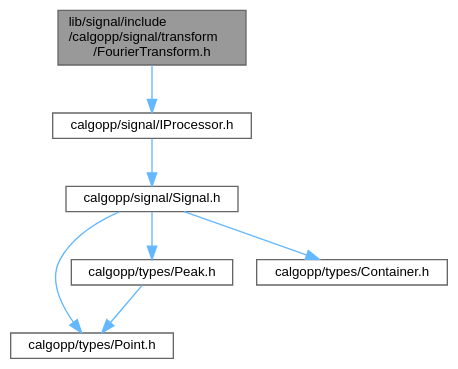
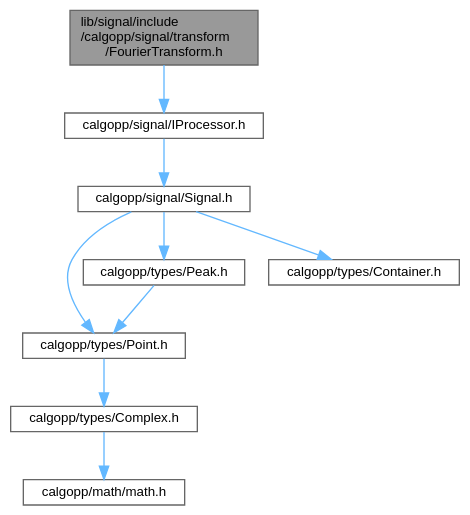
The diagram in FourierTransform_8h__incl.dot (pawelekg95/algopp), drawn with Graphviz before and after one commit. The commit also changed 136 other files, not shown here.

```diff
--- a/FourierTransform_8h__incl.dot
+++ b/FourierTransform_8h__incl.dot
@@ -1,19 +1,23 @@
 digraph "lib/signal/include/calgopp/signal/transform/FourierTransform.h"
 {
  // LATEX_PDF_SIZE
   bgcolor="transparent";
   edge [fontname=Helvetica,fontsize=10,labelfontname=Helvetica,labelfontsize=10];
   node [fontname=Helvetica,fontsize=10,shape=box,height=0.2,width=0.4];
   Node1 [label="lib/signal/include\l/calgopp/signal/transform\l/FourierTransform.h",height=0.2,width=0.4,color="gray40", fillcolor="grey60", style="filled", fontcolor="black",tooltip=" "];
   Node1 -> Node2 [color="steelblue1",style="solid"];
   Node2 [label="calgopp/signal/IProcessor.h",height=0.2,width=0.4,color="grey40", fillcolor="white", style="filled",URL="$IProcessor_8h.html",tooltip=" "];
   Node2 -> Node3 [color="steelblue1",style="solid"];
   Node3 [label="calgopp/signal/Signal.h",height=0.2,width=0.4,color="grey40", fillcolor="white", style="filled",URL="$Signal_8h.html",tooltip=" "];
   Node3 -> Node4 [color="steelblue1",style="solid"];
   Node4 [label="calgopp/types/Point.h",height=0.2,width=0.4,color="grey40", fillcolor="white", style="filled",URL="$Point_8h.html",tooltip=" "];
-  Node3 -> Node5 [color="steelblue1",style="solid"];
-  Node5 [label="calgopp/types/Peak.h",height=0.2,width=0.4,color="grey40", fillcolor="white", style="filled",URL="$Peak_8h.html",tooltip=" "];
-  Node5 -> Node4 [color="steelblue1",style="solid"];
-  Node3 -> Node6 [color="steelblue1",style="solid"];
-  Node6 [label="calgopp/types/Container.h",height=0.2,width=0.4,color="grey40", fillcolor="white", style="filled",URL="$Container_8h.html",tooltip=" "];
+  Node4 -> Node5 [color="steelblue1",style="solid"];
+  Node5 [label="calgopp/types/Complex.h",height=0.2,width=0.4,color="grey40", fillcolor="white", style="filled",URL="$Complex_8h.html",tooltip=" "];
+  Node5 -> Node6 [color="steelblue1",style="solid"];
+  Node6 [label="calgopp/math/math.h",height=0.2,width=0.4,color="grey40", fillcolor="white", style="filled",URL="$math_8h.html",tooltip=" "];
+  Node3 -> Node7 [color="steelblue1",style="solid"];
+  Node7 [label="calgopp/types/Peak.h",height=0.2,width=0.4,color="grey40", fillcolor="white", style="filled",URL="$Peak_8h.html",tooltip=" "];
+  Node7 -> Node4 [color="steelblue1",style="solid"];
+  Node3 -> Node8 [color="steelblue1",style="solid"];
+  Node8 [label="calgopp/types/Container.h",height=0.2,width=0.4,color="grey40", fillcolor="white", style="filled",URL="$Container_8h.html",tooltip=" "];
 }
```
